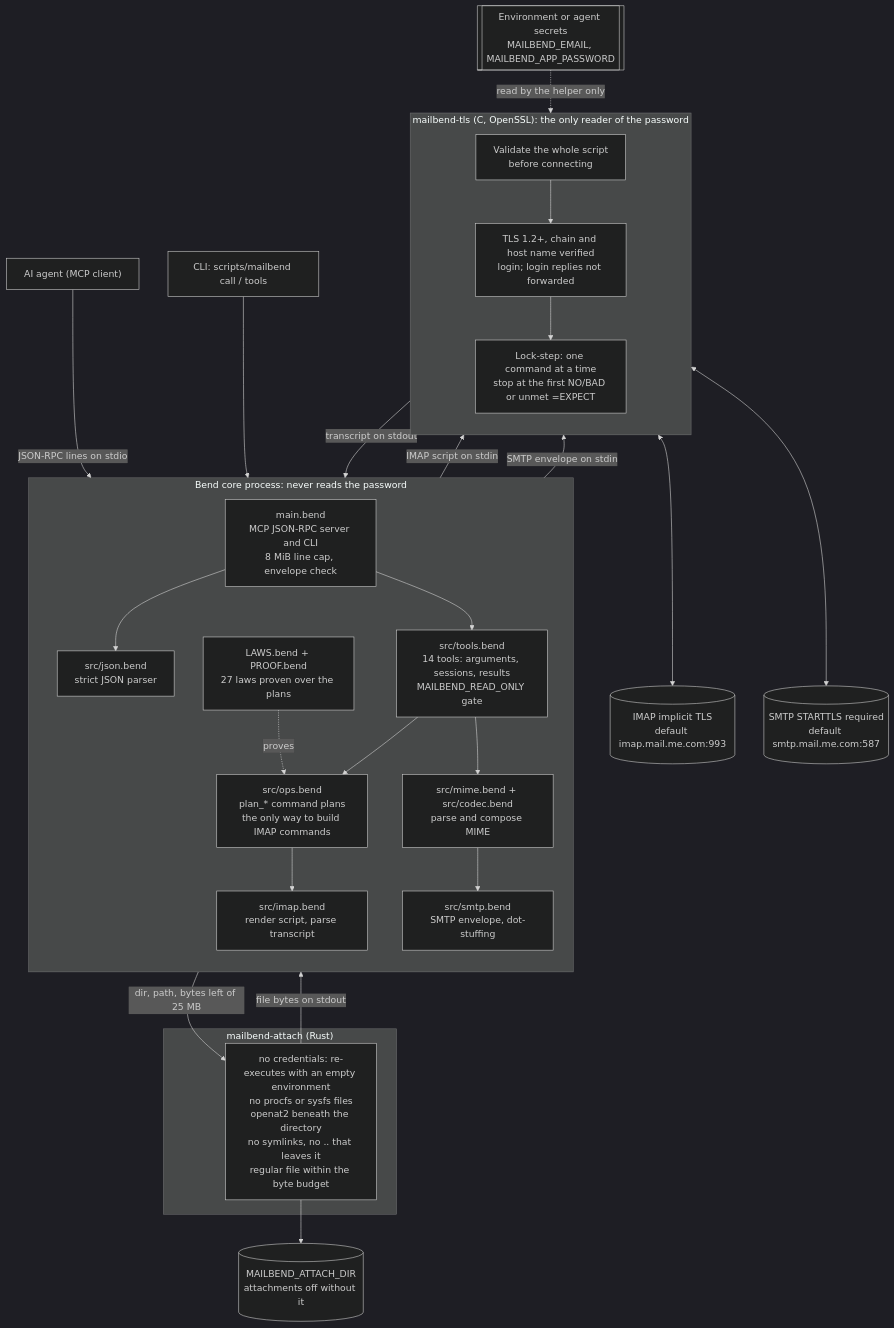
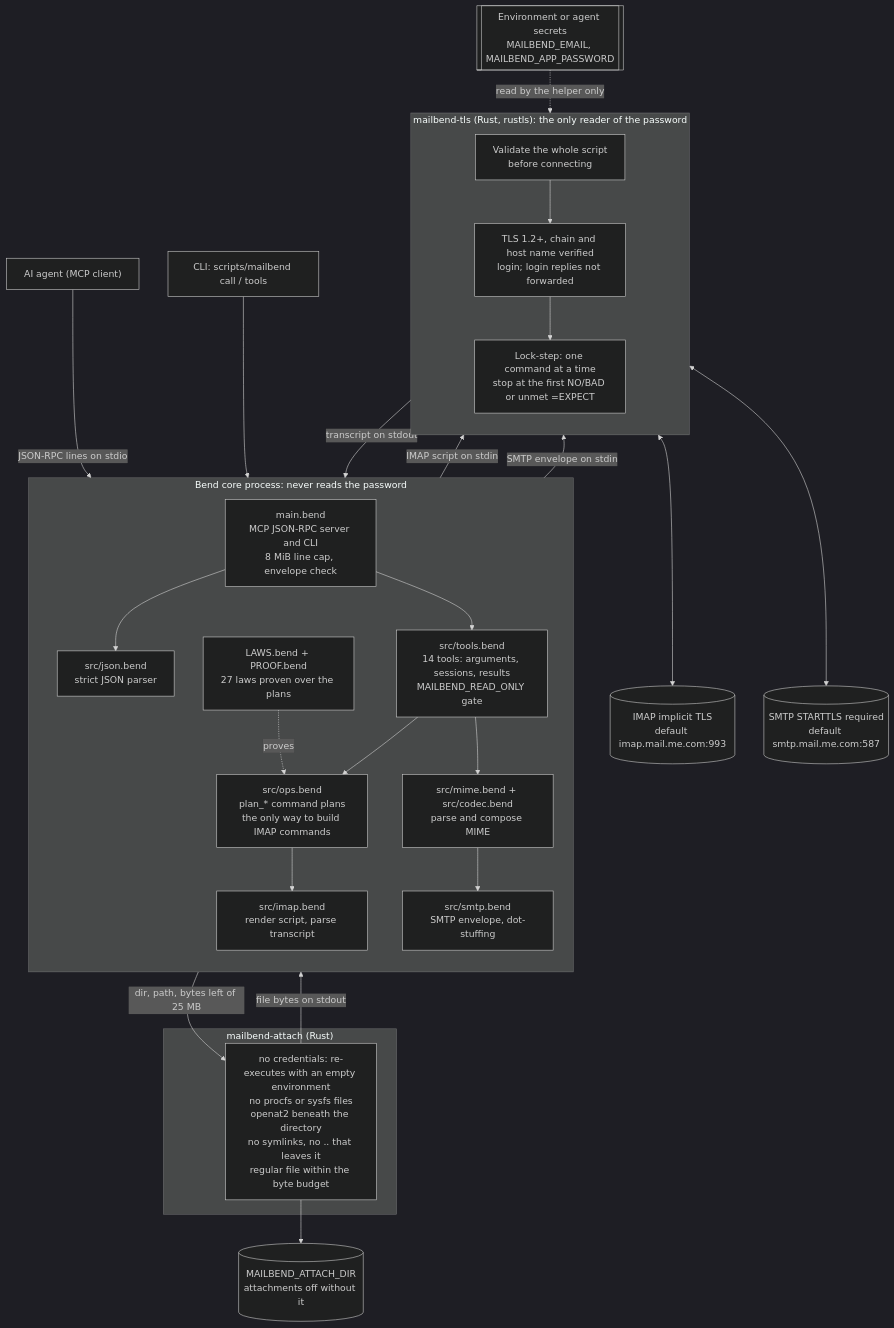
Before and after one commit to albertc71/MailBend: the first of 3 diagrams in docs/ARCHITECTURE.md, drawn with Mermaid (dark theme). The commit also changed other lines of this file and 63 other files, not shown here.

First line of the commit message:
feat(native): rewrite mailbend-tls in Rust

````diff
--- a/docs/ARCHITECTURE.md
+++ b/docs/ARCHITECTURE.md
@@ -27,54 +27,54 @@
 ```mermaid
 flowchart TB
   agent["AI agent (MCP client)"]
   cli["CLI: scripts/mailbend call / tools"]
   env[["Environment or agent secrets<br/>MAILBEND_EMAIL, MAILBEND_APP_PASSWORD"]]
 
   subgraph core["Bend core process: never reads the password"]
     direction TB
     main["main.bend<br/>MCP JSON-RPC server and CLI<br/>8 MiB line cap, envelope check"]
     json["src/json.bend<br/>strict JSON parser"]
     tools["src/tools.bend<br/>14 tools: arguments, sessions, results<br/>MAILBEND_READ_ONLY gate"]
     ops["src/ops.bend<br/>plan_* command plans<br/>the only way to build IMAP commands"]
     laws["LAWS.bend + PROOF.bend<br/>27 laws proven over the plans"]
     imap["src/imap.bend<br/>render script, parse transcript"]
     mime["src/mime.bend + src/codec.bend<br/>parse and compose MIME"]
     smtp["src/smtp.bend<br/>SMTP envelope, dot-stuffing"]
   end
 
-  subgraph helper["mailbend-tls (C, OpenSSL): the only reader of the password"]
+  subgraph helper["mailbend-tls (Rust, rustls): the only reader of the password"]
     direction TB
     validate["Validate the whole script<br/>before connecting"]
     tls["TLS 1.2+, chain and host name verified<br/>login; login replies not forwarded"]
     lock["Lock-step: one command at a time<br/>stop at the first NO/BAD or unmet =EXPECT"]
   end
 
   subgraph reader["mailbend-attach (Rust)"]
     attach["no credentials: re-executes with an empty environment<br/>no procfs or sysfs files<br/>openat2 beneath the directory<br/>no symlinks, no .. that leaves it<br/>regular file within the byte budget"]
   end
 
   imapsrv[("IMAP implicit TLS<br/>default imap.mail.me.com:993")]
   smtpsrv[("SMTP STARTTLS required<br/>default smtp.mail.me.com:587")]
   files[("MAILBEND_ATTACH_DIR<br/>attachments off without it")]
 
   agent -- "JSON-RPC lines on stdio" --> main
   cli --> main
   main --> json
   main --> tools
   tools --> ops
   laws -. "proves" .-> ops
   ops --> imap
   tools --> mime
   mime --> smtp
   imap -- "IMAP script on stdin" --> validate
   smtp -- "SMTP envelope on stdin" --> validate
   validate --> tls
   tls --> lock
   lock <--> imapsrv
   lock <--> smtpsrv
   lock -- "transcript on stdout" --> imap
   tools -- "dir, path, bytes left of 25 MB" --> attach
   attach --> files
   attach -- "file bytes on stdout" --> tools
   env -. "read by the helper only" .-> tls
 ```
````
